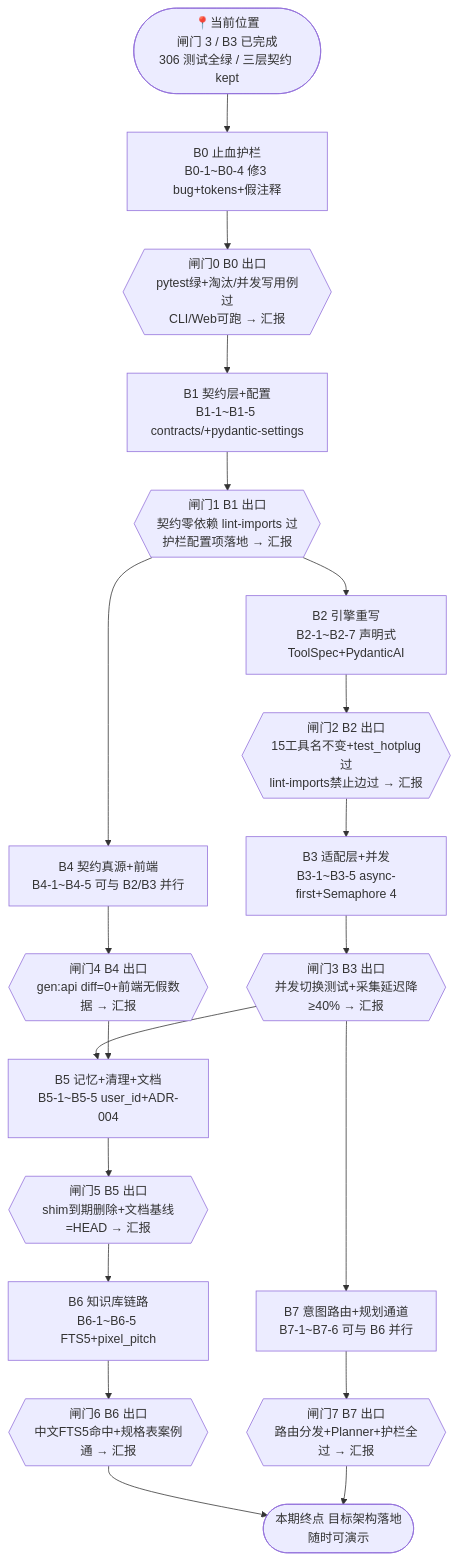
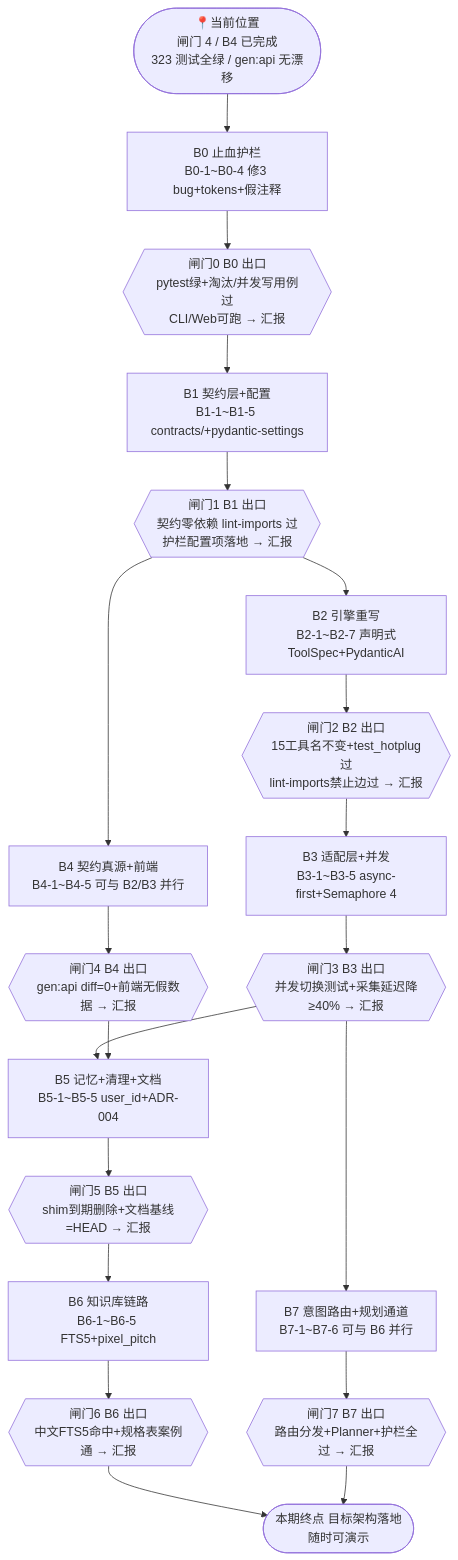
One commit to North-Q/LightTrail changed the diagram in docs/codex-longterm-goal.md. Above: the diagram before and after it, drawn with Mermaid. The commit also changed other lines of this file and 2 other files, not shown here.

First line of the commit message:
docs(B4-5): B4 收口——gen:api 漂移门禁 + 状态块/批次表/devlog 同步

````diff
--- a/docs/codex-longterm-goal.md
+++ b/docs/codex-longterm-goal.md
@@ -24,23 +24,23 @@
 ```mermaid
 graph TD
-    S([📍当前位置<br/>闸门 3 / B3 已完成<br/>306 测试全绿 / 三层契约 kept]) --> B0
+    S([📍当前位置<br/>闸门 4 / B4 已完成<br/>323 测试全绿 / gen:api 无漂移]) --> B0
 
     B0[B0 止血护栏<br/>B0-1~B0-4 修3 bug+tokens+假注释] --> G0{{闸门0 B0 出口<br/>pytest绿+淘汰/并发写用例过<br/>CLI/Web可跑 → 汇报}}
     G0 --> B1[B1 契约层+配置<br/>B1-1~B1-5 contracts/+pydantic-settings]
     B1 --> G1{{闸门1 B1 出口<br/>契约零依赖 lint-imports 过<br/>护栏配置项落地 → 汇报}}
     G1 --> B2[B2 引擎重写<br/>B2-1~B2-7 声明式ToolSpec+PydanticAI]
     G1 --> B4[B4 契约真源+前端<br/>B4-1~B4-5 可与 B2/B3 并行]
     B2 --> G2{{闸门2 B2 出口<br/>15工具名不变+test_hotplug过<br/>lint-imports禁止边过 → 汇报}}
     G2 --> B3[B3 适配层+并发<br/>B3-1~B3-5 async-first+Semaphore 4]
     B4 --> G4{{闸门4 B4 出口<br/>gen:api diff=0+前端无假数据 → 汇报}}
     B3 --> G3{{闸门3 B3 出口<br/>并发切换测试+采集延迟降≥40% → 汇报}}
     G3 --> B5[B5 记忆+清理+文档<br/>B5-1~B5-5 user_id+ADR-004]
     G4 --> B5
     B5 --> G5{{闸门5 B5 出口<br/>shim到期删除+文档基线=HEAD → 汇报}}
     G5 --> B6[B6 知识库链路<br/>B6-1~B6-5 FTS5+pixel_pitch]
     G3 --> B7[B7 意图路由+规划通道<br/>B7-1~B7-6 可与 B6 并行]
     B6 --> G6{{闸门6 B6 出口<br/>中文FTS5命中+规格表案例通 → 汇报}}
     B7 --> G7{{闸门7 B7 出口<br/>路由分发+Planner+护栏全过 → 汇报}}
     G6 --> Z([本期终点 目标架构落地<br/>随时可演示])
     G7 --> Z
 ```
````
